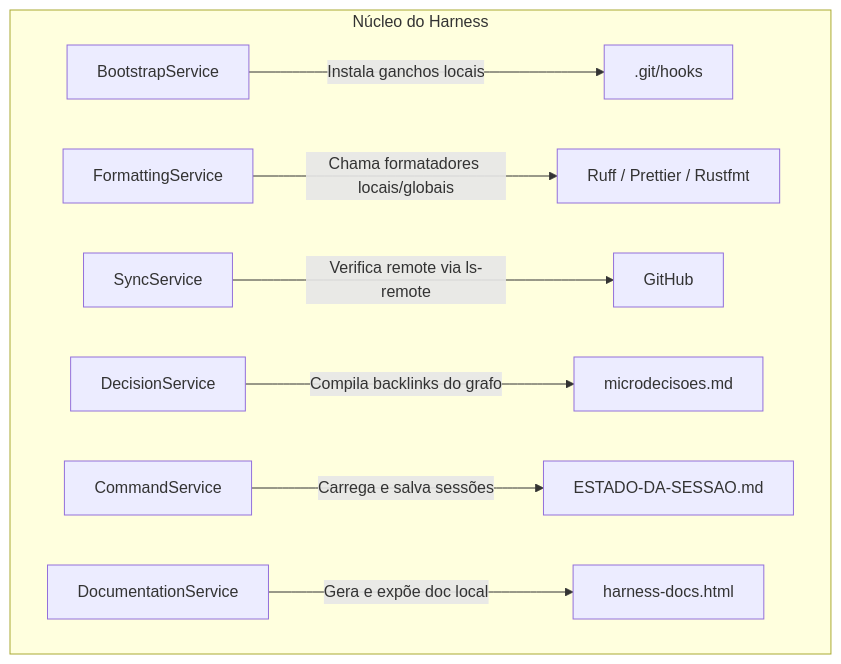
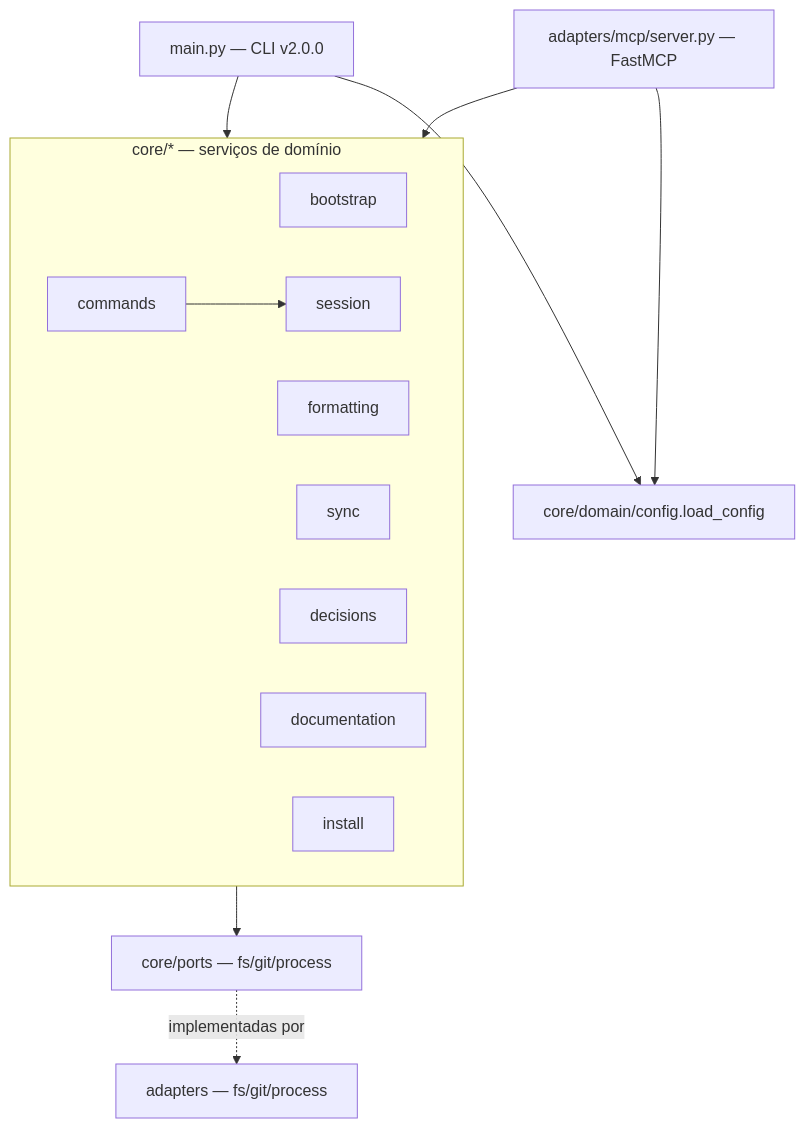
Before and after one commit to iago-leal/harness-config: the diagram in _reversa_sdd/code-analysis.md, drawn with Mermaid. The commit also changed other lines of this file and 53 other files, not shown here.

````diff
--- a/_reversa_sdd/code-analysis.md
+++ b/_reversa_sdd/code-analysis.md
@@ -14,11 +20,20 @@
 ```mermaid
 graph TD
-    subgraph harness-core [Núcleo do Harness]
-        M_boot[BootstrapService] --> |Instala ganchos locais| GitHooks[.git/hooks]
-        M_format[FormattingService] --> |Chama formatadores locais/globais| Formatters[Ruff / Prettier / Rustfmt]
-        M_sync[SyncService] --> |Verifica remote via ls-remote| GitRemote[GitHub]
-        M_dec[DecisionService] --> |Compila backlinks do grafo| DecFiles[microdecisoes.md]
-        M_cmd[CommandService] --> |Carrega e salva sessões| SessFile[ESTADO-DA-SESSAO.md]
-        M_doc[DocumentationService] --> |Gera e expõe doc local| DocFile[harness-docs.html]
+    CLI[main.py — CLI v2.0.0] --> Services
+    MCP[adapters/mcp/server.py — FastMCP] --> Services
+    subgraph Services[core/* — serviços de domínio]
+        boot[bootstrap]
+        fmt[formatting]
+        sync[sync]
+        dec[decisions]
+        cmd[commands]
+        doc[documentation]
+        inst[install]
+        sess[session]
     end
+    Services --> Ports[core/ports — fs/git/process]
+    Ports -.implementadas por.-> Adapters[adapters — fs/git/process]
+    cmd --> sess
+    CLI --> Config[core/domain/config.load_config]
+    MCP --> Config
 ```
````
